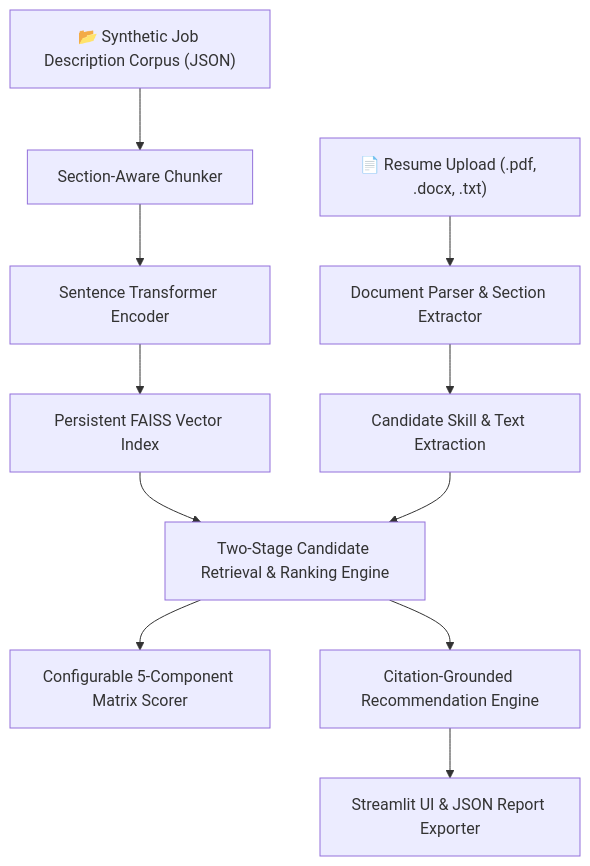
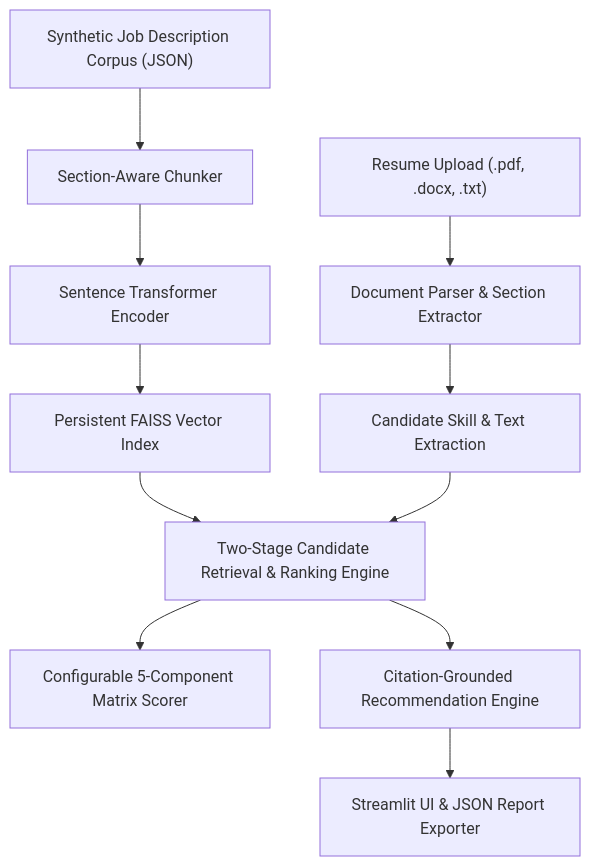
One commit to shivangisrivastava013/AI-Career-RAG-Assistant changed the diagram in README.md. Above: the diagram before and after it, drawn with Mermaid. The commit also changed other lines of this file, not shown here.

````diff
--- a/README.md
+++ b/README.md
@@ -15,13 +22,13 @@
 ```mermaid
 flowchart TD
-    A["📄 Resume Upload (.pdf, .docx, .txt)"] --> B["Document Parser & Section Extractor"]
-    C["📂 Synthetic Job Description Corpus (JSON)"] --> D["Section-Aware Chunker"]
+    A["Resume Upload (.pdf, .docx, .txt)"] --> B["Document Parser & Section Extractor"]
+    C["Synthetic Job Description Corpus (JSON)"] --> D["Section-Aware Chunker"]
     D --> E["Sentence Transformer Encoder"]
     E --> F["Persistent FAISS Vector Index"]
     B --> G["Candidate Skill & Text Extraction"]
     F --> H["Two-Stage Candidate Retrieval & Ranking Engine"]
     G --> H
     H --> I["Configurable 5-Component Matrix Scorer"]
     H --> J["Citation-Grounded Recommendation Engine"]
     J --> K["Streamlit UI & JSON Report Exporter"]
 ```
````
